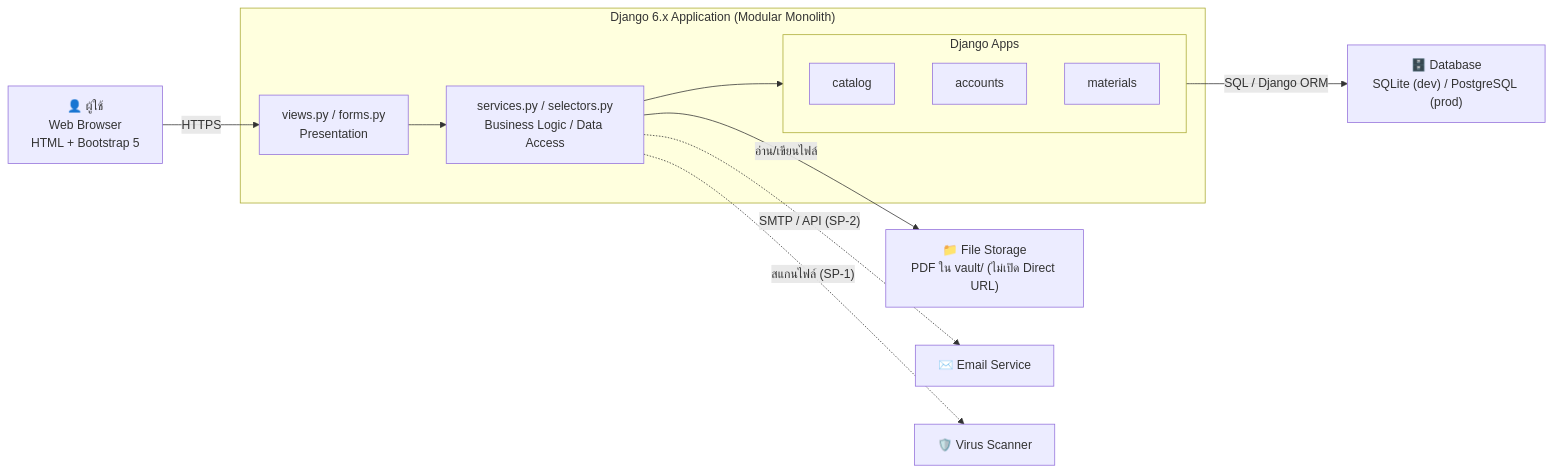
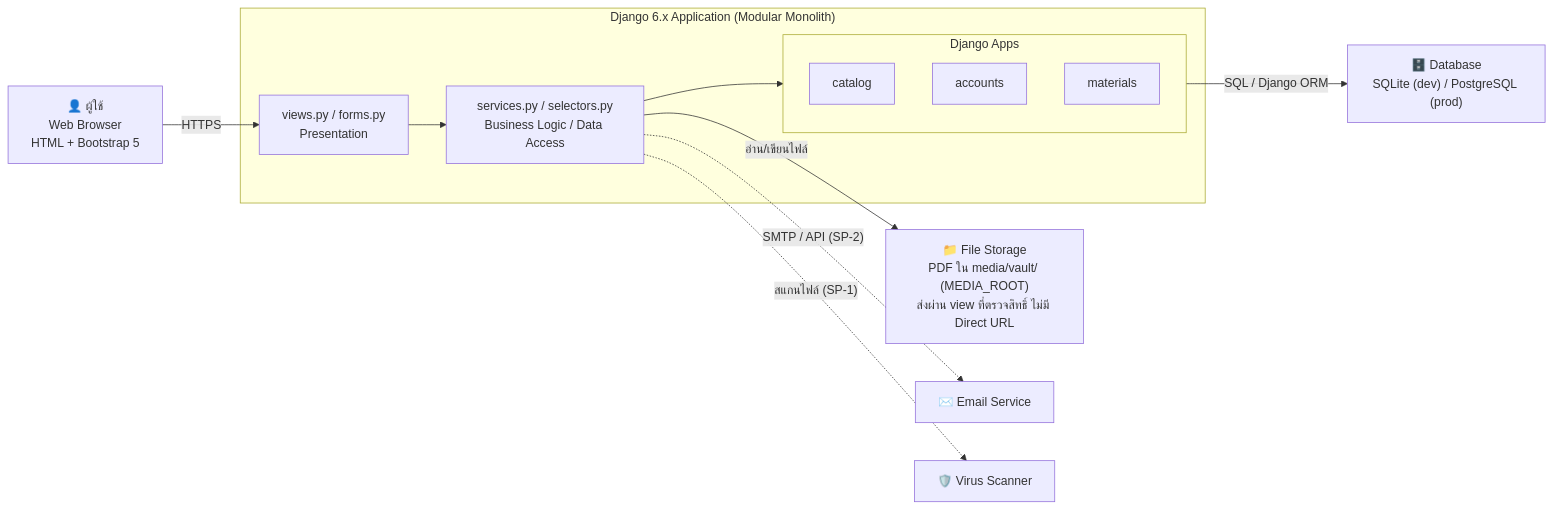
Before and after one commit to Jupiter4428/cntagram: the second of 2 diagrams in _docs/architecture/c4.md, drawn with Mermaid. The commit also changed other lines of this file and 24 other files, not shown here.

````diff
--- a/_docs/architecture/c4.md
+++ b/_docs/architecture/c4.md
@@ -28,25 +28,25 @@
 ```mermaid
 flowchart LR
     U["👤 ผู้ใช้<br/>Web Browser<br/>HTML + Bootstrap 5"]
     subgraph APP["Django 6.x Application (Modular Monolith)"]
         V["views.py / forms.py<br/>Presentation"]
         SV["services.py / selectors.py<br/>Business Logic / Data Access"]
         V --> SV
         subgraph APPS["Django Apps"]
             CAT["catalog"]
             ACC["accounts"]
             MAT["materials"]
         end
         SV --> APPS
     end
     DB["🗄️ Database<br/>SQLite (dev) / PostgreSQL (prod)"]
-    FS["📁 File Storage<br/>PDF ใน vault/ (ไม่เปิด Direct URL)"]
+    FS["📁 File Storage<br/>PDF ใน media/vault/ (MEDIA_ROOT)<br/>ส่งผ่าน view ที่ตรวจสิทธิ์ ไม่มี Direct URL"]
     MAIL["✉️ Email Service"]
     AV["🛡️ Virus Scanner"]
 
     U -- "HTTPS" --> V
     APPS -- "SQL / Django ORM" --> DB
     SV -- "อ่าน/เขียนไฟล์" --> FS
     SV -. "SMTP / API (SP-2)" .-> MAIL
     SV -. "สแกนไฟล์ (SP-1)" .-> AV
 ```
````
